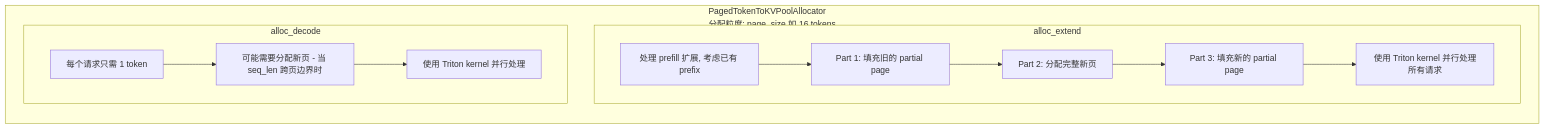
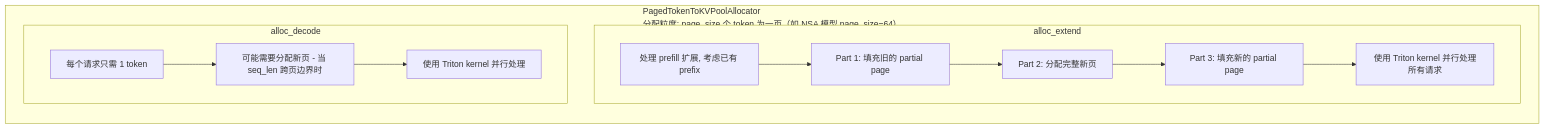
Before and after one commit to wesleyck/AIInfraNotes: diagram 12 of 16 in SGLang/06-memory-pool.md, drawn with Mermaid. The commit also changed other lines of this file and 26 other files, not shown here.

````diff
--- a/SGLang/06-memory-pool.md
+++ b/SGLang/06-memory-pool.md
@@ -475,21 +504,21 @@
 ```mermaid
 flowchart TB
-    subgraph Paged["PagedTokenToKVPoolAllocator<br/>分配粒度: page_size 如 16 tokens"]
+    subgraph Paged["PagedTokenToKVPoolAllocator<br/>分配粒度: page_size 个 token 为一页（如 NSA 模型 page_size=64）"]
         direction TB
         subgraph AllocExtend["alloc_extend"]
             AE_DESC["处理 prefill 扩展, 考虑已有 prefix"]
             AE_P1["Part 1: 填充旧的 partial page"]
             AE_P2["Part 2: 分配完整新页"]
             AE_P3["Part 3: 填充新的 partial page"]
             AE_TRITON["使用 Triton kernel 并行处理所有请求"]
             AE_DESC --> AE_P1 --> AE_P2 --> AE_P3 --> AE_TRITON
         end
 
         subgraph AllocDecode["alloc_decode"]
             AD_DESC["每个请求只需 1 token"]
             AD_PAGE["可能需要分配新页 - 当 seq_len 跨页边界时"]
             AD_TRITON["使用 Triton kernel 并行处理"]
             AD_DESC --> AD_PAGE --> AD_TRITON
         end
     end
 ```
````
